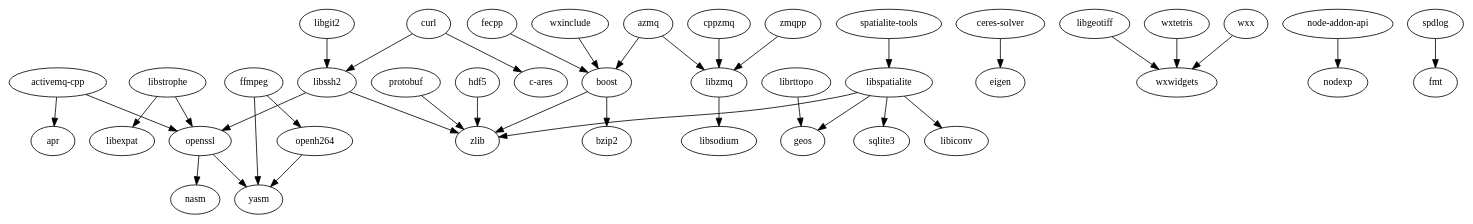
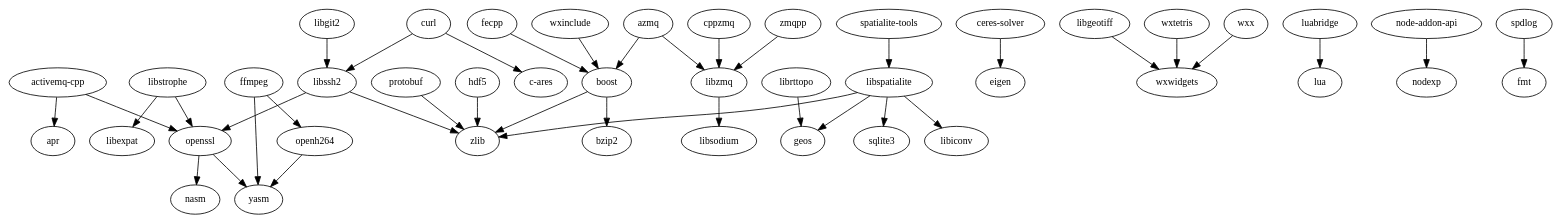
One commit to externpro/externpro changed the diagram in cmake/deps.dot. Above: the diagram before and after it, drawn with Graphviz. The commit also changed 3 other files, not shown here.

```diff
--- a/cmake/deps.dot
+++ b/cmake/deps.dot
@@ -1,40 +1,41 @@
 digraph GG {
   node [fontsize=12];
   "activemq-cpp" -> "apr";
   "activemq-cpp" -> "openssl";
   "azmq" -> "boost";
   "azmq" -> "libzmq";
   "boost" -> "bzip2";
   "boost" -> "zlib";
   "ceres-solver" -> "eigen";
   "cppzmq" -> "libzmq";
   "curl" -> "c-ares";
   "curl" -> "libssh2";
   "fecpp" -> "boost";
   "ffmpeg" -> "openh264";
   "ffmpeg" -> "yasm";
   "hdf5" -> "zlib";
   "libgeotiff" -> "wxwidgets";
   "libgit2" -> "libssh2";
   "librttopo" -> "geos";
   "libspatialite" -> "geos";
   "libspatialite" -> "libiconv";
   "libspatialite" -> "sqlite3";
   "libspatialite" -> "zlib";
   "libssh2" -> "openssl";
   "libssh2" -> "zlib";
   "libstrophe" -> "libexpat";
   "libstrophe" -> "openssl";
   "libzmq" -> "libsodium";
+  "luabridge" -> "lua";
   "node-addon-api" -> "nodexp";
   "openh264" -> "yasm";
   "openssl" -> "nasm";
   "openssl" -> "yasm";
   "protobuf" -> "zlib";
   "spatialite-tools" -> "libspatialite";
   "spdlog" -> "fmt";
   "wxinclude" -> "boost";
   "wxtetris" -> "wxwidgets";
   "wxx" -> "wxwidgets";
   "zmqpp" -> "libzmq";
 }
```
